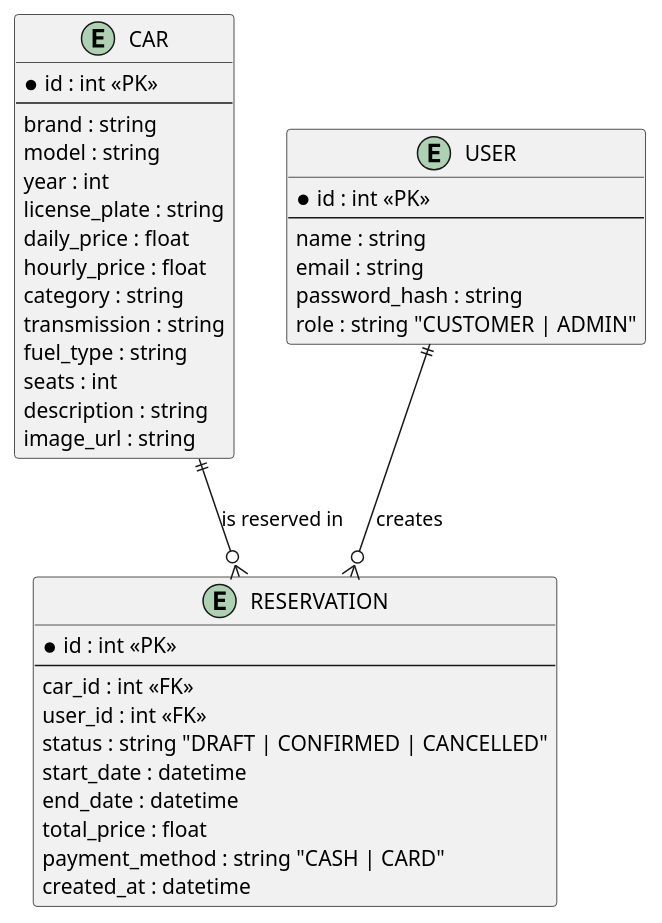
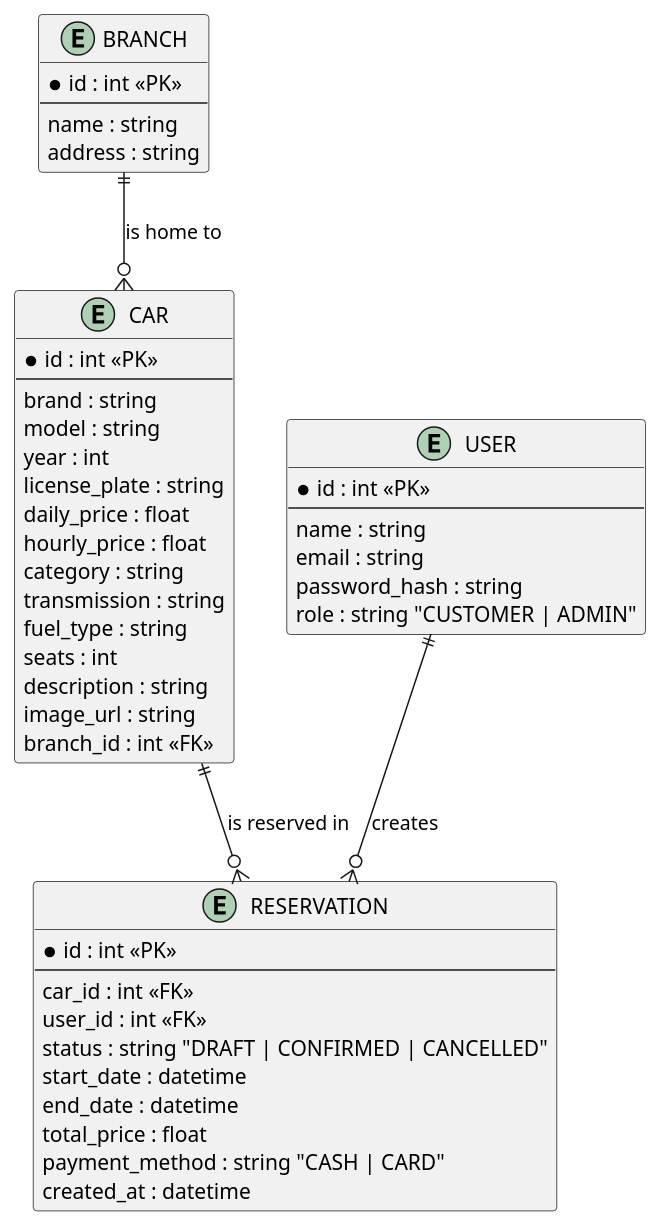
One commit to DavidMagyarics/CarRentalVSB changed the diagram in docs/diagrams/er-current.puml. Above: the diagram before and after it, drawn with PlantUML. The commit also changed 7 other files, not shown here.

```diff
--- a/docs/diagrams/er-current.puml
+++ b/docs/diagrams/er-current.puml
@@ -1,45 +1,54 @@
 @startuml er-current
 skinparam backgroundColor white
+
+entity "BRANCH" as BRANCH {
+  * id : int <<PK>>
+  --
+  name : string
+  address : string
+}
 
 entity "CAR" as CAR {
   * id : int <<PK>>
   --
   brand : string
   model : string
   year : int
   license_plate : string
   daily_price : float
   hourly_price : float
   category : string
   transmission : string
   fuel_type : string
   seats : int
   description : string
   image_url : string
+  branch_id : int <<FK>>
 }
 
 entity "USER" as USER {
   * id : int <<PK>>
   --
   name : string
   email : string
   password_hash : string
   role : string "CUSTOMER | ADMIN"
 }
 
 entity "RESERVATION" as RESERVATION {
   * id : int <<PK>>
   --
   car_id : int <<FK>>
   user_id : int <<FK>>
   status : string "DRAFT | CONFIRMED | CANCELLED"
   start_date : datetime
   end_date : datetime
   total_price : float
   payment_method : string "CASH | CARD"
   created_at : datetime
 }
 
 CAR ||--o{ RESERVATION : "is reserved in"
 USER ||--o{ RESERVATION : "creates"
+BRANCH ||--o{ CAR : "is home to"
 @enduml
```
